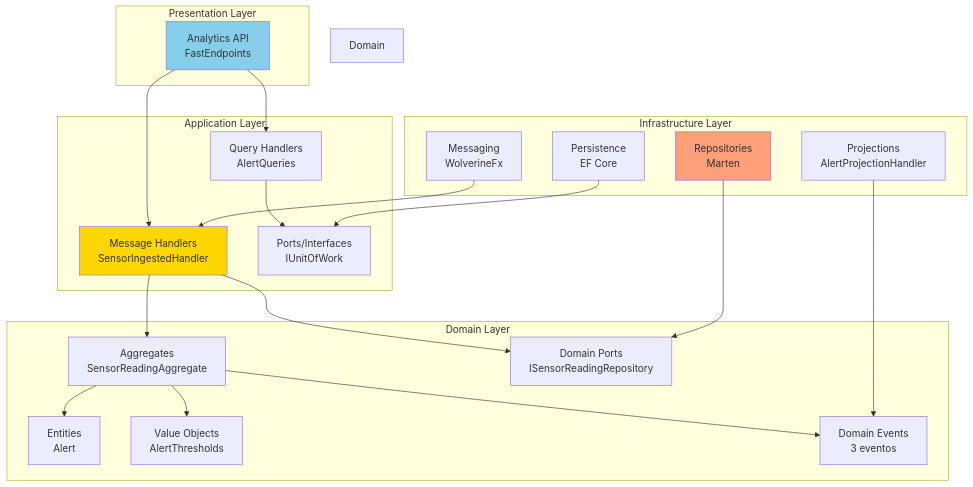
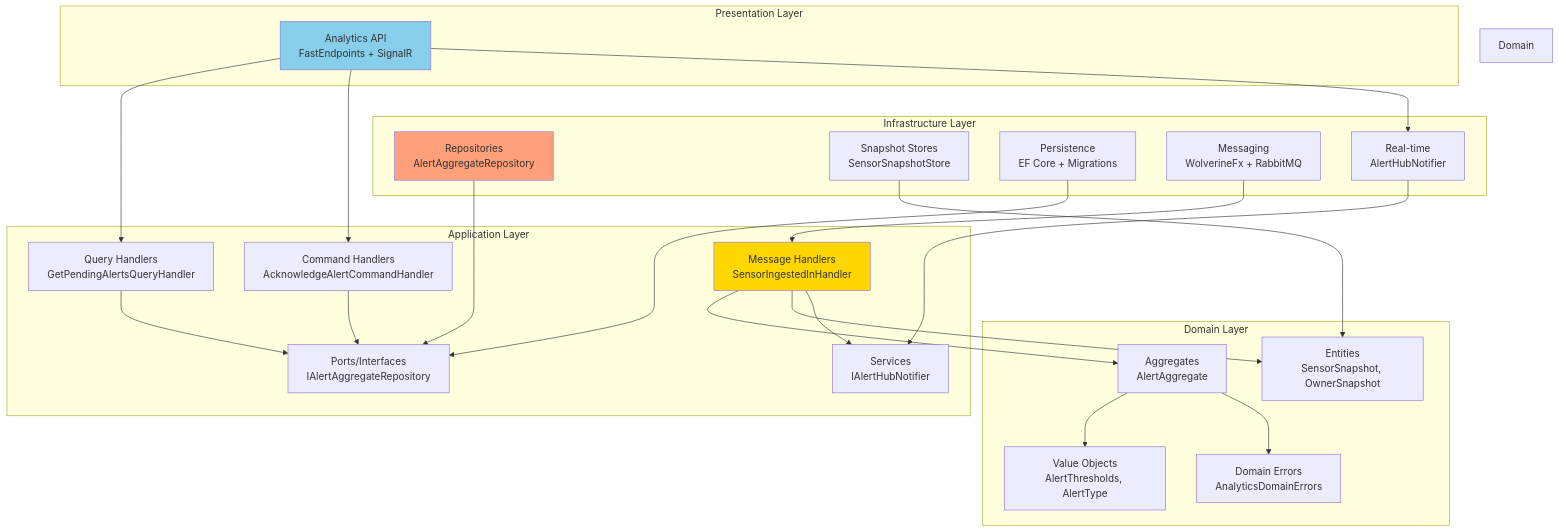
The fifth of 12 diagrams in docs/C4_ARCHITECTURE_DIAGRAMS.md (rdpresser/tc-agro-analytics-worker), drawn with Mermaid before and after one commit. The commit also changed other lines of this file and 7 other files, not shown here.

````diff
--- a/docs/C4_ARCHITECTURE_DIAGRAMS.md
+++ b/docs/C4_ARCHITECTURE_DIAGRAMS.md
@@ -225,47 +270,53 @@
 ```mermaid
 graph TB
     subgraph "Presentation Layer"
-        API[Analytics API<br/>FastEndpoints]
+        API[Analytics API<br/>FastEndpoints + SignalR]
     end
-    
+
     subgraph "Application Layer"
-        Handlers[Message Handlers<br/>SensorIngestedHandler]
-        QueryHandlers[Query Handlers<br/>AlertQueries]
-        Ports[Ports/Interfaces<br/>IUnitOfWork]
+        Handlers[Message Handlers<br/>SensorIngestedInHandler]
+        QueryHandlers[Query Handlers<br/>GetPendingAlertsQueryHandler]
+        CommandHandlers[Command Handlers<br/>AcknowledgeAlertCommandHandler]
+        Ports[Ports/Interfaces<br/>IAlertAggregateRepository]
+        Notifier[Services<br/>IAlertHubNotifier]
     end
-    
+
     subgraph "Domain Layer"
-        Aggregates[Aggregates<br/>SensorReadingAggregate]
-        Entities[Entities<br/>Alert]
-        ValueObjects[Value Objects<br/>AlertThresholds]
-        DomainEvents[Domain Events<br/>3 eventos]
-        DomainPorts[Domain Ports<br/>ISensorReadingRepository]
+        Aggregates[Aggregates<br/>AlertAggregate]
+        Entities[Entities<br/>SensorSnapshot, OwnerSnapshot]
+        ValueObjects[Value Objects<br/>AlertThresholds, AlertType]
+        DomainErrors[Domain Errors<br/>AnalyticsDomainErrors]
     end
-    
+
     subgraph "Infrastructure Layer"
-        Repositories[Repositories<br/>Marten]
-        Projections[Projections<br/>AlertProjectionHandler]
-        Persistence[Persistence<br/>EF Core]
-        Messaging[Messaging<br/>WolverineFx]
+        Repositories[Repositories<br/>AlertAggregateRepository]
+        Snapshots[Snapshot Stores<br/>SensorSnapshotStore]
+        Persistence[Persistence<br/>EF Core + Migrations]
+        Messaging[Messaging<br/>WolverineFx + RabbitMQ]
+        SignalR[Real-time<br/>AlertHubNotifier]
     end
-    
-    API --> Handlers
+
     API --> QueryHandlers
+    API --> CommandHandlers
+    API --> SignalR
+
+    QueryHandlers --> Ports
+    CommandHandlers --> Ports
     Handlers --> Aggregates
-    QueryHandlers --> Ports
-    Handlers --> DomainPorts
-    
-    Aggregates --> DomainEvents
+    Handlers --> Entities
+    Handlers --> Notifier
+
     Aggregates --> ValueObjects
-    Aggregates --> Entities
-    
-    Repositories --> DomainPorts
-    Projections --> DomainEvents
+    Aggregates --> DomainErrors
+
+    Repositories --> Ports
+    Snapshots --> Entities
     Persistence --> Ports
     Messaging --> Handlers
-    
+    SignalR --> Notifier
+
     style Domain Layer fill:#90EE90
     style API fill:#87CEEB
     style Handlers fill:#FFD700
     style Repositories fill:#FFA07A
 ```
````
